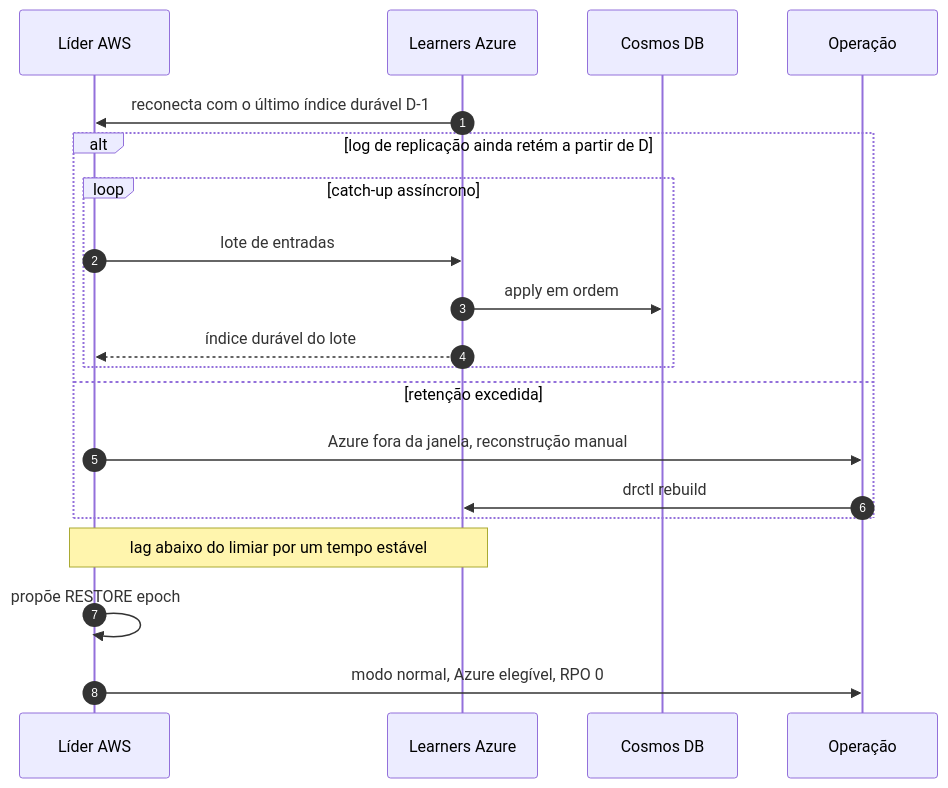
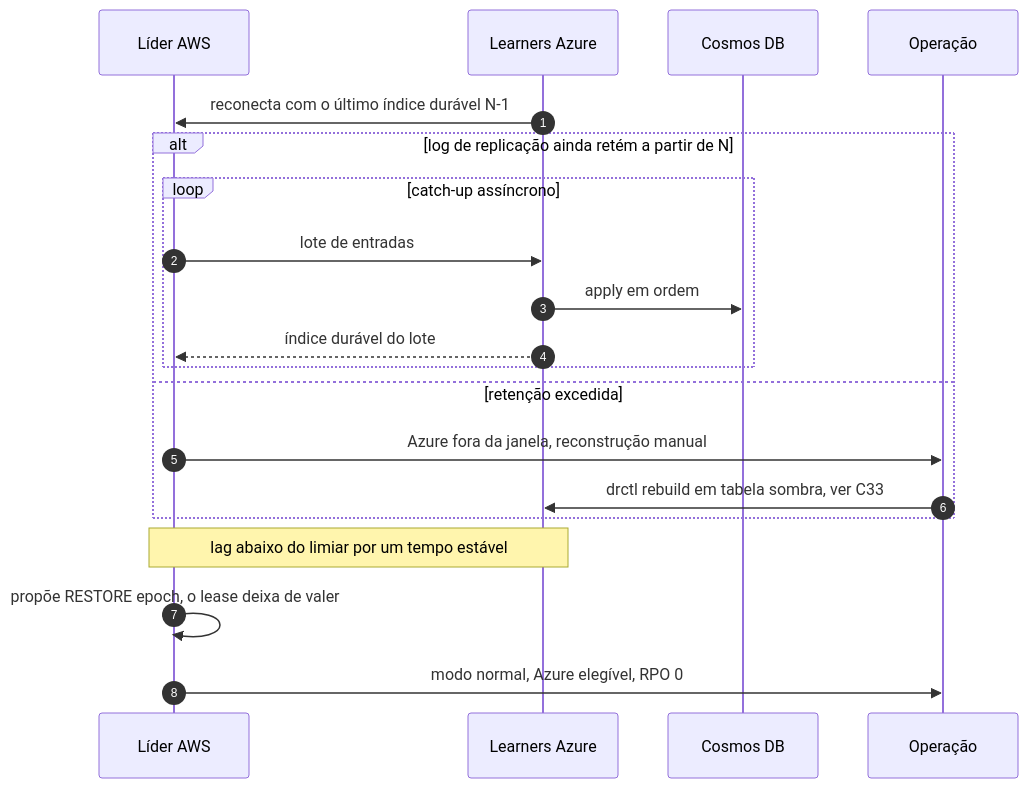
One commit to brbarmex/k changed the diagram in 02_cenarios/atualizados/C13-ressincronizacao-da-azure.md. Above: the diagram before and after it, drawn with Mermaid. The commit also changed other lines of this file and 139 other files, not shown here.

````diff
--- a/02_cenarios/atualizados/C13-ressincronizacao-da-azure.md
+++ b/02_cenarios/atualizados/C13-ressincronizacao-da-azure.md
@@ -11,22 +11,22 @@
 ```mermaid
 sequenceDiagram
     autonumber
     participant L as Líder AWS
     participant AZ as Learners Azure
     participant CDB as Cosmos DB
     participant OPS as Operação
-    AZ->>L: reconecta com o último índice durável D-1
-    alt log de replicação ainda retém a partir de D
+    AZ->>L: reconecta com o último índice durável N-1
+    alt log de replicação ainda retém a partir de N
         loop catch-up assíncrono
             L->>AZ: lote de entradas
             AZ->>CDB: apply em ordem
             AZ-->>L: índice durável do lote
         end
     else retenção excedida
         L->>OPS: Azure fora da janela, reconstrução manual
-        OPS->>AZ: drctl rebuild
+        OPS->>AZ: drctl rebuild em tabela sombra, ver C33
     end
     Note over L,AZ: lag abaixo do limiar por um tempo estável
-    L->>L: propõe RESTORE epoch
+    L->>L: propõe RESTORE epoch, o lease deixa de valer
     L->>OPS: modo normal, Azure elegível, RPO 0
 ```
````
